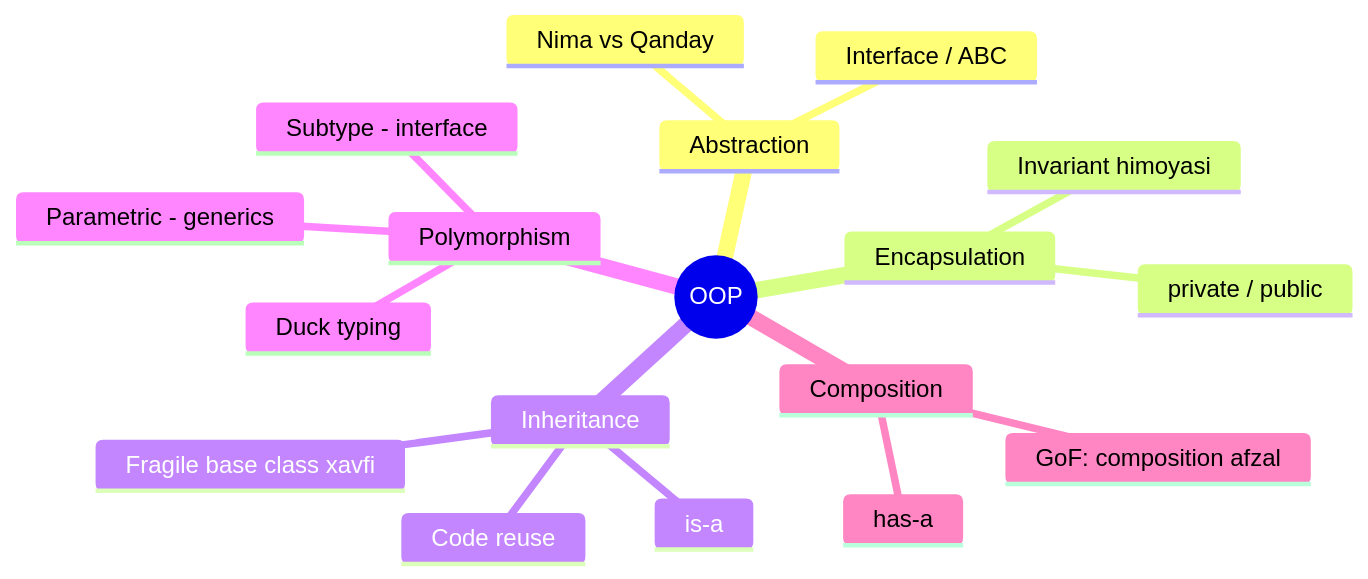
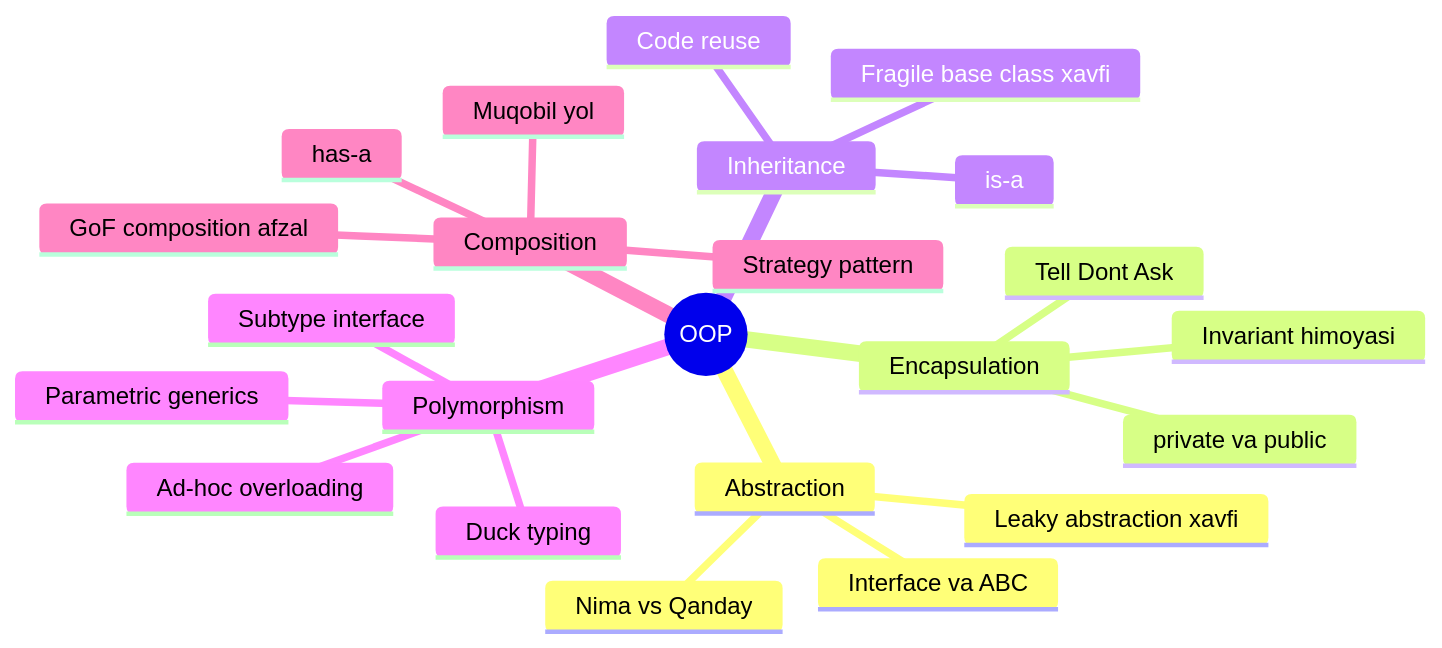
The first of 2 diagrams in Patterns/1. Design Patterns/0. OOP/0. README.md (Otajonoov/dev), drawn with Mermaid before and after one commit. The commit also changed other lines of this file and 377 other files, not shown here.

````diff
--- a/Patterns/1. Design Patterns/0. OOP/0. README.md
+++ b/Patterns/1. Design Patterns/0. OOP/0. README.md
@@ -41,21 +56,26 @@
 ```mermaid
 mindmap
   root((OOP))
     Abstraction
-      Interface / ABC
+      Interface va ABC
       Nima vs Qanday
+      Leaky abstraction xavfi
     Encapsulation
-      private / public
+      private va public
       Invariant himoyasi
+      Tell Dont Ask
     Inheritance
       is-a
       Code reuse
       Fragile base class xavfi
     Polymorphism
-      Subtype - interface
-      Parametric - generics
+      Subtype interface
+      Parametric generics
+      Ad-hoc overloading
       Duck typing
     Composition
       has-a
-      GoF: composition afzal
+      Muqobil yol
+      GoF composition afzal
+      Strategy pattern
 ```
````
